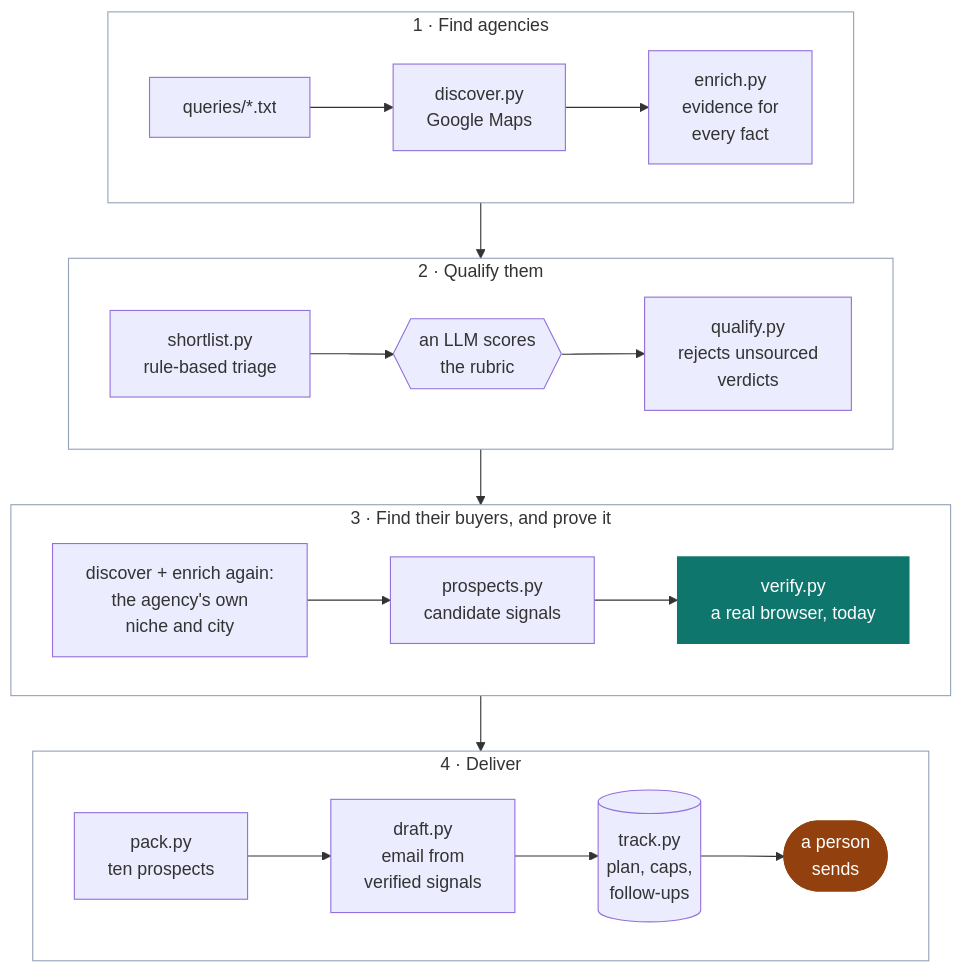
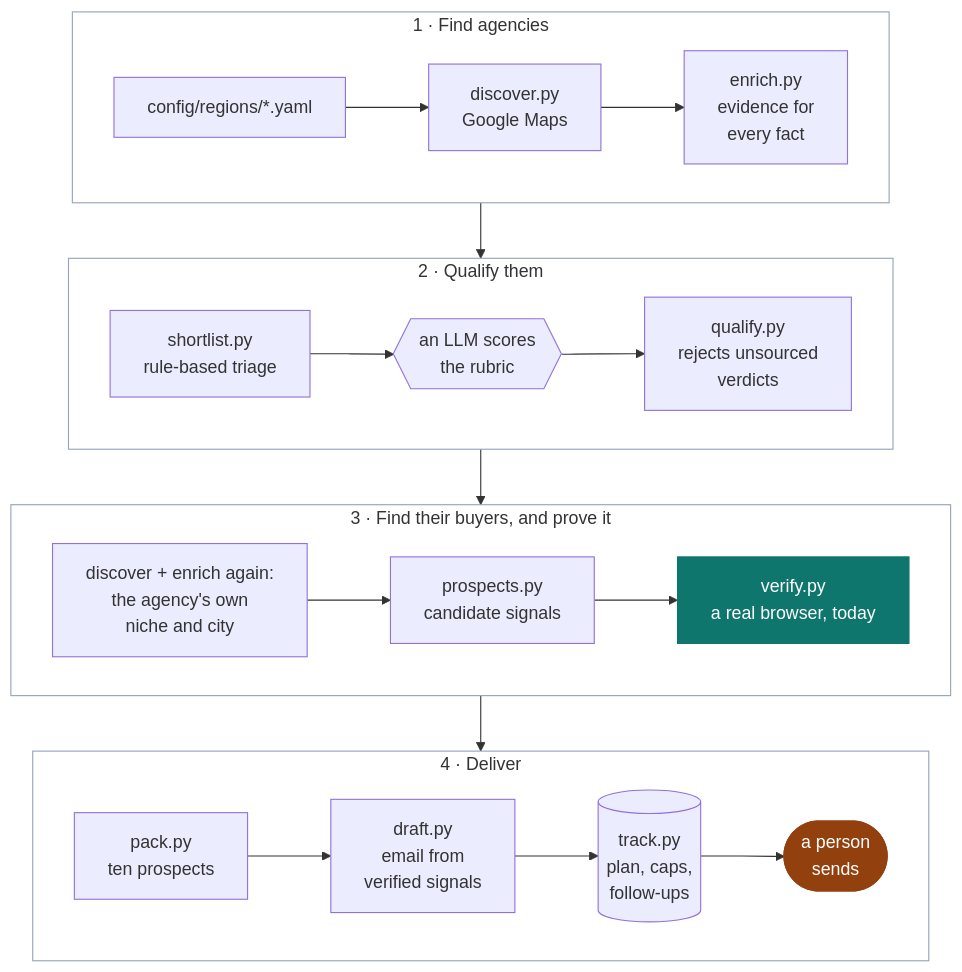
One commit to TaimourKhan2132/Lead-Forge changed the second of 3 diagrams in README.md. Above: the diagram before and after it, drawn with Mermaid. The commit also changed other lines of this file and 15 other files, not shown here.

````diff
--- a/README.md
+++ b/README.md
@@ -203,29 +203,29 @@
 ```mermaid
 flowchart TB
     subgraph FIND ["1 · Find agencies"]
         direction LR
-        Q["queries/*.txt"] --> D["discover.py<br/>Google Maps"] --> E["enrich.py<br/>evidence for<br/>every fact"]
+        Q["config/regions/*.yaml"] --> D["discover.py<br/>Google Maps"] --> E["enrich.py<br/>evidence for<br/>every fact"]
     end
     subgraph JUDGE ["2 · Qualify them"]
         direction LR
         S["shortlist.py<br/>rule-based triage"] --> L{{"an LLM scores<br/>the rubric"}} --> V["qualify.py<br/>rejects unsourced<br/>verdicts"]
     end
     subgraph PROVE ["3 · Find their buyers, and prove it"]
         direction LR
         A2["discover + enrich again:<br/>the agency's own<br/>niche and city"] --> P["prospects.py<br/>candidate signals"] --> Y["verify.py<br/>a real browser, today"]
     end
     subgraph DELIVER ["4 · Deliver"]
         direction LR
         K["pack.py<br/>ten prospects"] --> R["draft.py<br/>email from<br/>verified signals"] --> T[("track.py<br/>plan, caps,<br/>follow-ups")] --> H(["a person<br/>sends"])
     end
     FIND --> JUDGE --> PROVE --> DELIVER
 
     classDef human fill:#92400e,stroke:#92400e,color:#ffffff
     classDef browser fill:#0f766e,stroke:#0f766e,color:#ffffff
     class H human
     class Y browser
     style FIND fill:none,stroke:#94a3b8
     style JUDGE fill:none,stroke:#94a3b8
     style PROVE fill:none,stroke:#94a3b8
     style DELIVER fill:none,stroke:#94a3b8
 ```
````
